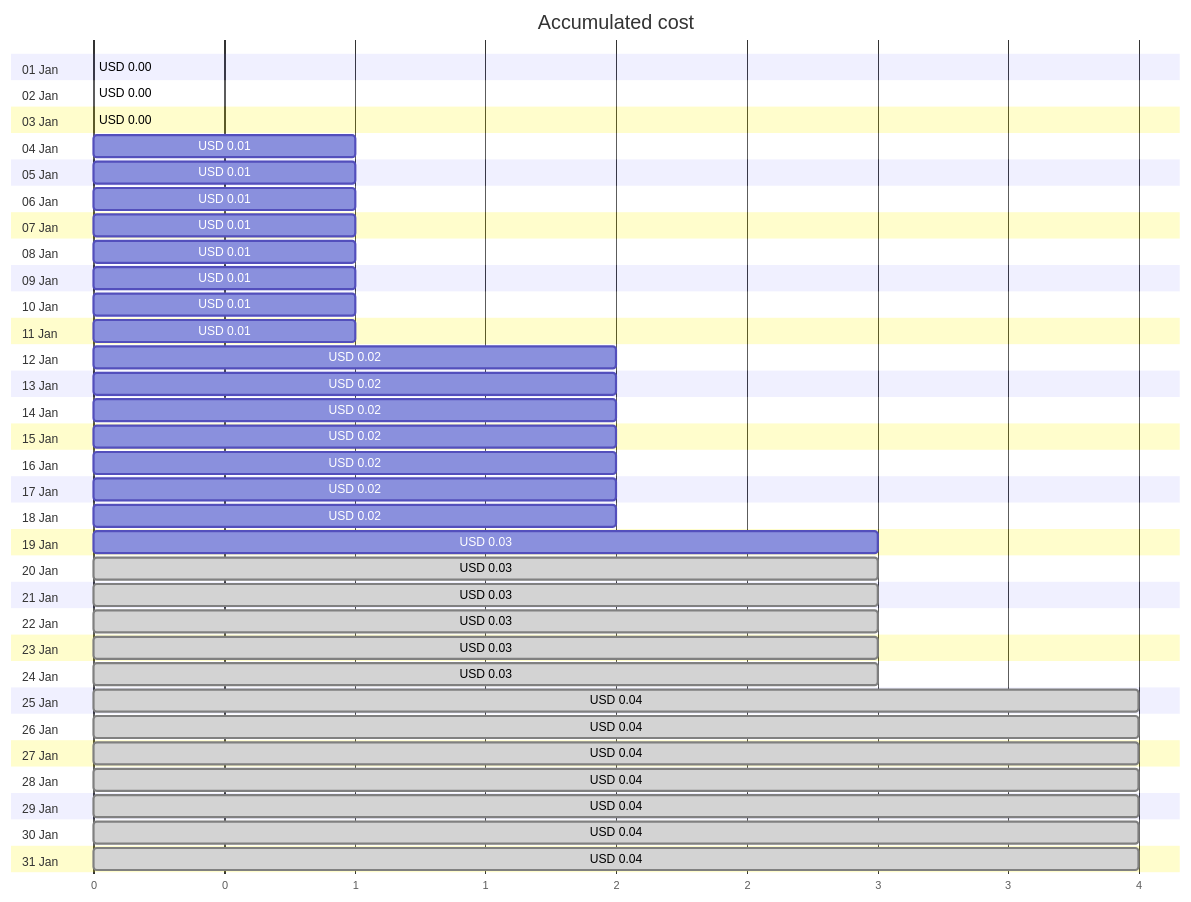
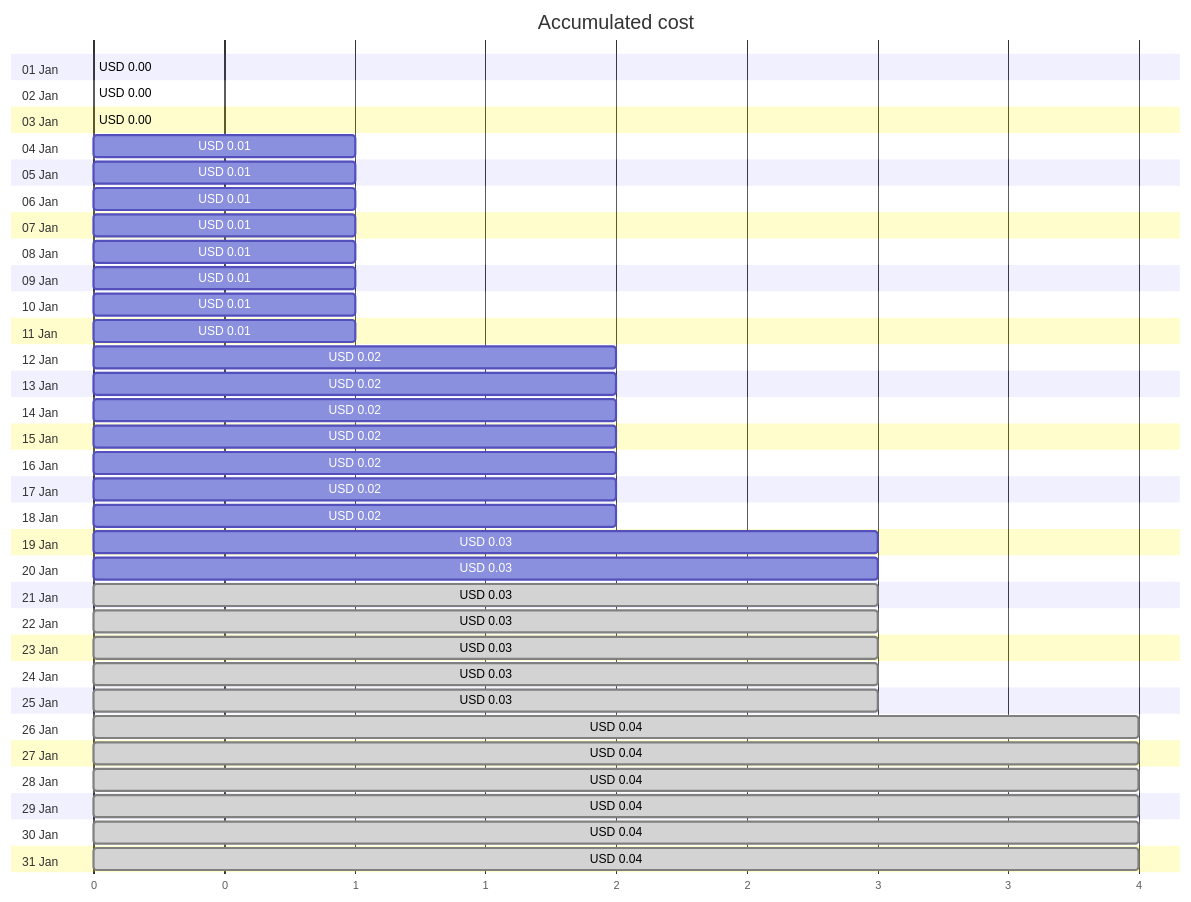
The first of 4 diagrams in cost-reports/personal-site/personalsiteapistorage.md (jpfulton/azure-personal-reports), drawn with Mermaid before and after one commit. The commit also changed other lines of this file and 7 other files, not shown here.

````diff
--- a/cost-reports/personal-site/personalsiteapistorage.md
+++ b/cost-reports/personal-site/personalsiteapistorage.md
@@ -20,68 +20,68 @@
 ```mermaid
 gantt
    title Accumulated cost
    dateFormat  X
    axisFormat %s
    section 01 Jan
    USD 0.00 :0, 0
    section 02 Jan
    USD 0.00 :0, 0
    section 03 Jan
    USD 0.00 :0, 0
    section 04 Jan
    USD 0.01 :0, 1
    section 05 Jan
    USD 0.01 :0, 1
    section 06 Jan
    USD 0.01 :0, 1
    section 07 Jan
    USD 0.01 :0, 1
    section 08 Jan
    USD 0.01 :0, 1
    section 09 Jan
    USD 0.01 :0, 1
    section 10 Jan
    USD 0.01 :0, 1
    section 11 Jan
    USD 0.01 :0, 1
    section 12 Jan
    USD 0.02 :0, 2
    section 13 Jan
    USD 0.02 :0, 2
    section 14 Jan
    USD 0.02 :0, 2
    section 15 Jan
    USD 0.02 :0, 2
    section 16 Jan
    USD 0.02 :0, 2
    section 17 Jan
    USD 0.02 :0, 2
    section 18 Jan
    USD 0.02 :0, 2
    section 19 Jan
    USD 0.03 :0, 3
    section 20 Jan
-   USD 0.03 : done, 0, 3
+   USD 0.03 :0, 3
    section 21 Jan
    USD 0.03 : done, 0, 3
    section 22 Jan
    USD 0.03 : done, 0, 3
    section 23 Jan
    USD 0.03 : done, 0, 3
    section 24 Jan
    USD 0.03 : done, 0, 3
    section 25 Jan
-   USD 0.04 : done, 0, 4
+   USD 0.03 : done, 0, 3
    section 26 Jan
    USD 0.04 : done, 0, 4
    section 27 Jan
    USD 0.04 : done, 0, 4
    section 28 Jan
    USD 0.04 : done, 0, 4
    section 29 Jan
    USD 0.04 : done, 0, 4
    section 30 Jan
    USD 0.04 : done, 0, 4
    section 31 Jan
    USD 0.04 : done, 0, 4
 ```
````
